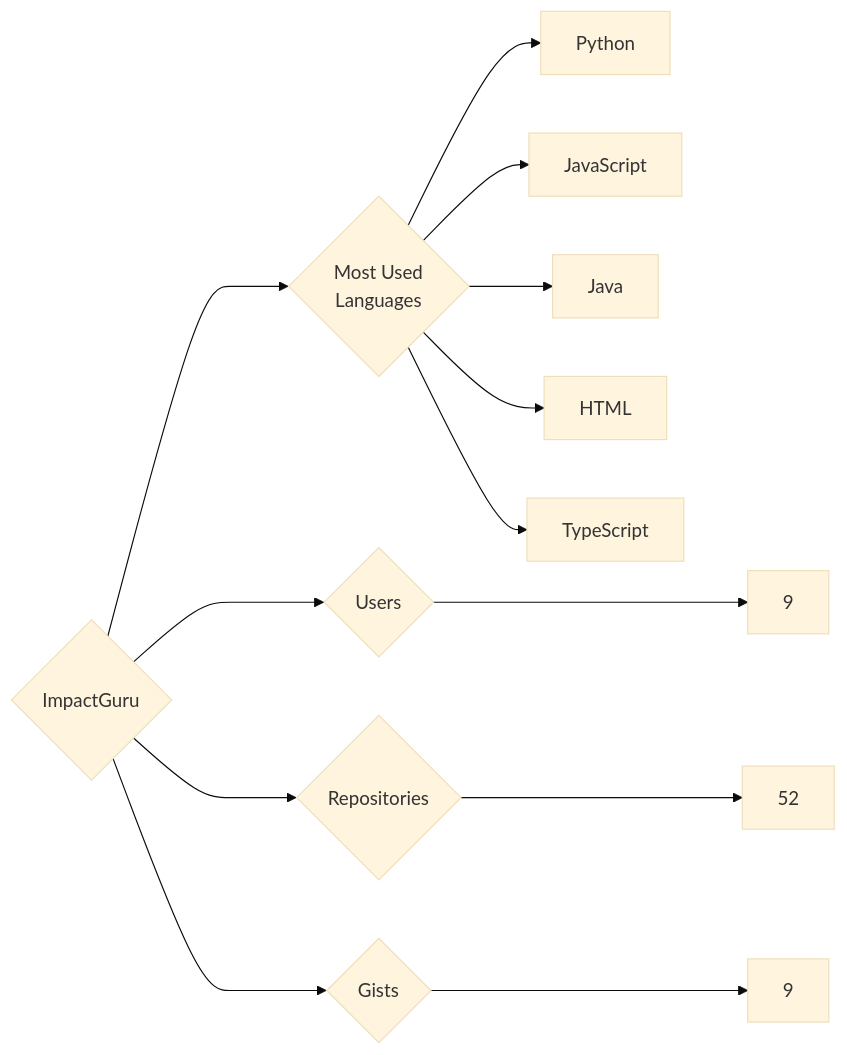
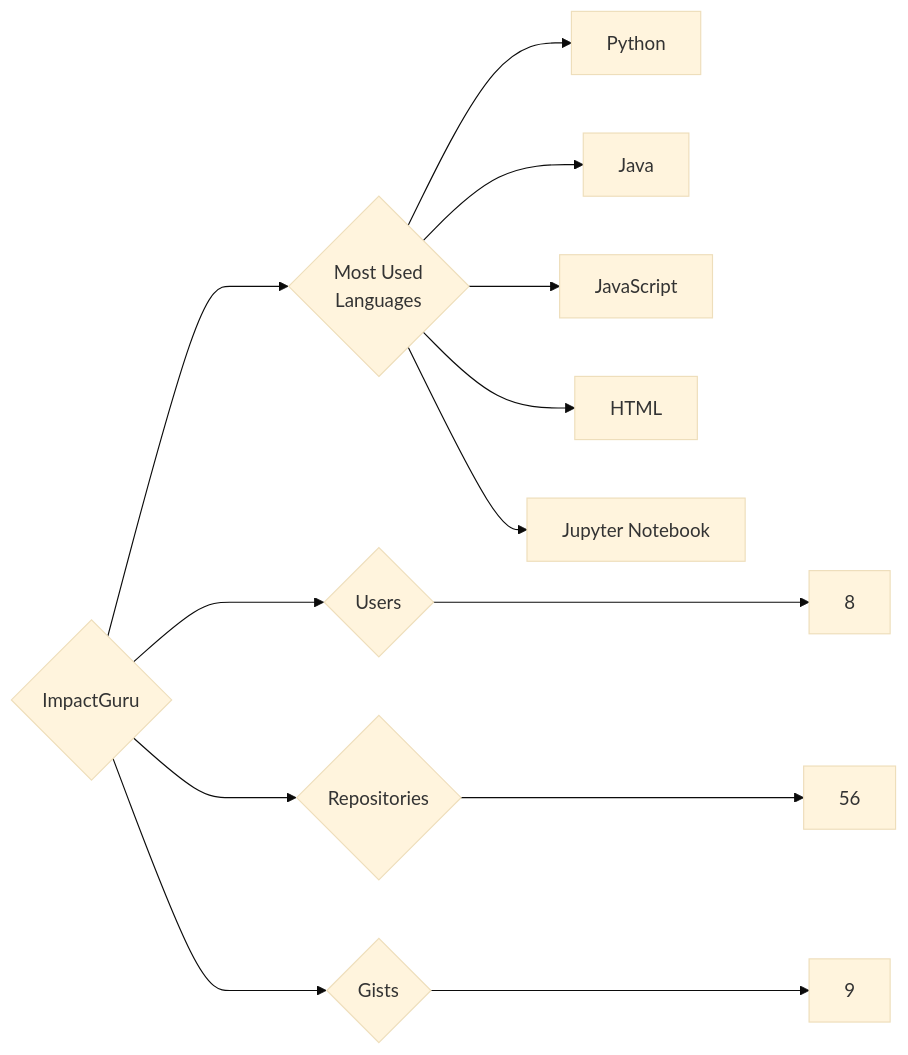
Before and after one commit to trickest/insiders: the diagram in targets/ImpactGuru/README.md, drawn with Mermaid (base theme). The commit also changed 714 other files, not shown here.

````diff
--- a/targets/ImpactGuru/README.md
+++ b/targets/ImpactGuru/README.md
@@ -3,13 +3,13 @@
 ```mermaid
 graph LR
 COMPANY_NAME{ImpactGuru}
-COMPANY_NAME ---> U{Users} ---> UN[9]
-COMPANY_NAME ---> R{Repositories} ---> RN[52]
+COMPANY_NAME ---> U{Users} ---> UN[8]
+COMPANY_NAME ---> R{Repositories} ---> RN[56]
 COMPANY_NAME ---> G{Gists} ---> GN[9]
 COMPANY_NAME ---> ML{Most Used<br>Languages}
 ML --> Python[Python]
+ML --> Java[Java]
 ML --> JavaScript[JavaScript]
-ML --> Java[Java]
 ML --> HTML[HTML]
-ML --> TypeScript[TypeScript]
+ML --> Jupyter_Notebook[Jupyter Notebook]
 ```
````
